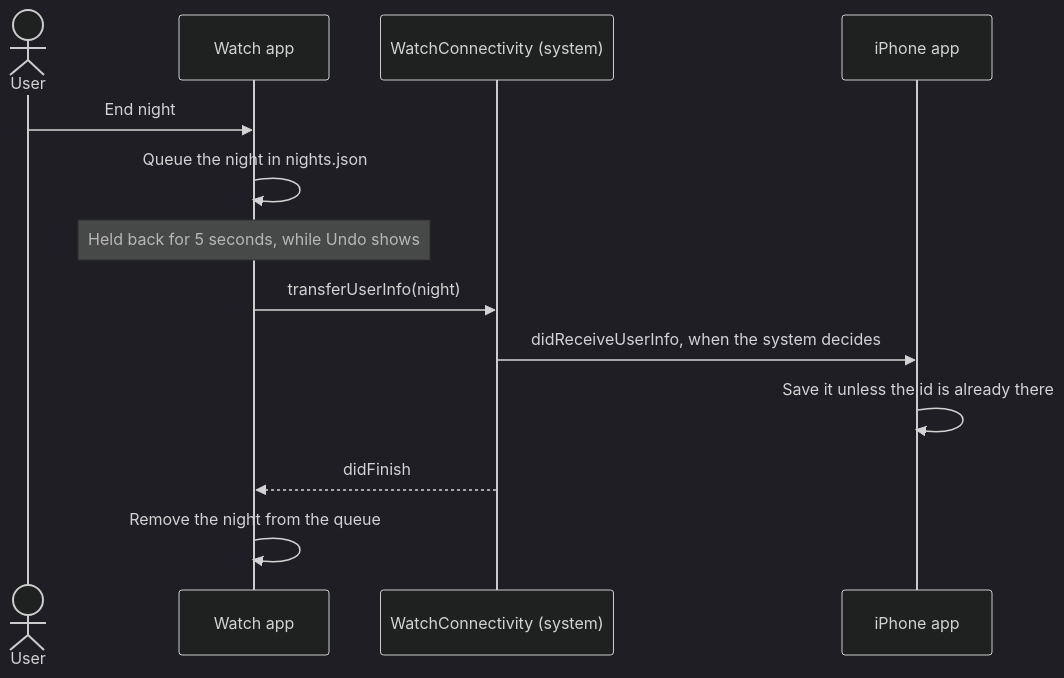
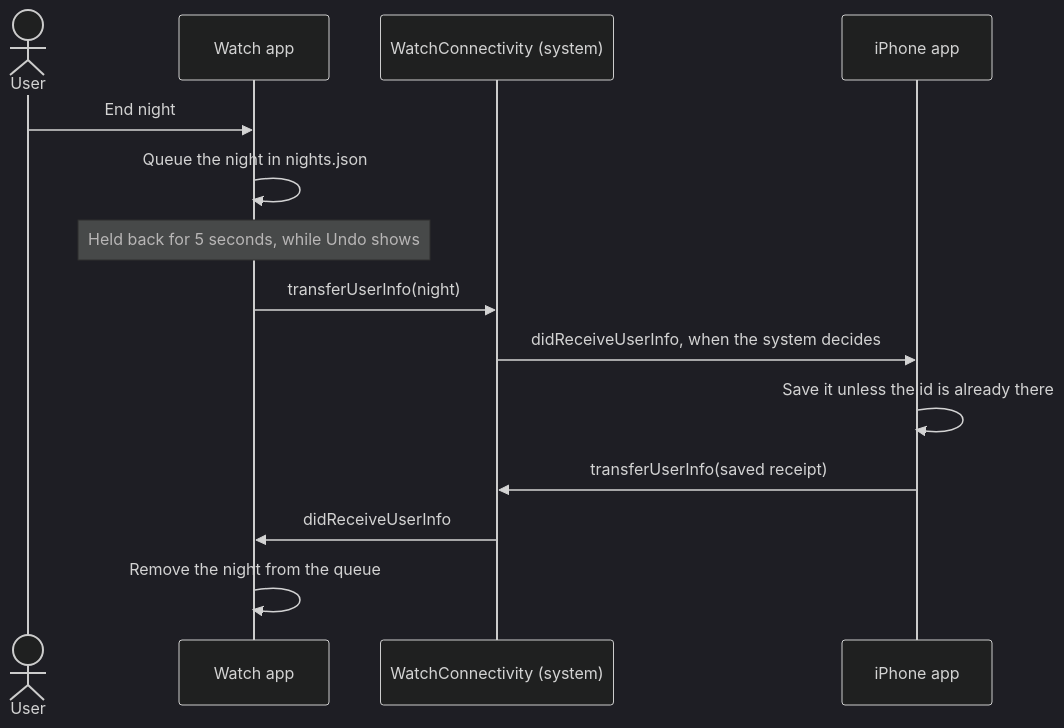
Before and after one commit to pablocolaiacovo/clinkr: the third of 3 diagrams in docs/ARCHITECTURE.md, drawn with Mermaid (dark theme). The commit also changed other lines of this file and 13 other files, not shown here.

````diff
--- a/docs/ARCHITECTURE.md
+++ b/docs/ARCHITECTURE.md
@@ -76,16 +77,17 @@
 ```mermaid
 sequenceDiagram
     actor User
     participant W as Watch app
     participant WC as WatchConnectivity (system)
     participant P as iPhone app
 
     User->>W: End night
     W->>W: Queue the night in nights.json
     Note over W: Held back for 5 seconds, while Undo shows
     W->>WC: transferUserInfo(night)
     WC->>P: didReceiveUserInfo, when the system decides
     P->>P: Save it unless the id is already there
-    WC-->>W: didFinish
+    P->>WC: transferUserInfo(saved receipt)
+    WC->>W: didReceiveUserInfo
     W->>W: Remove the night from the queue
 ```
````
